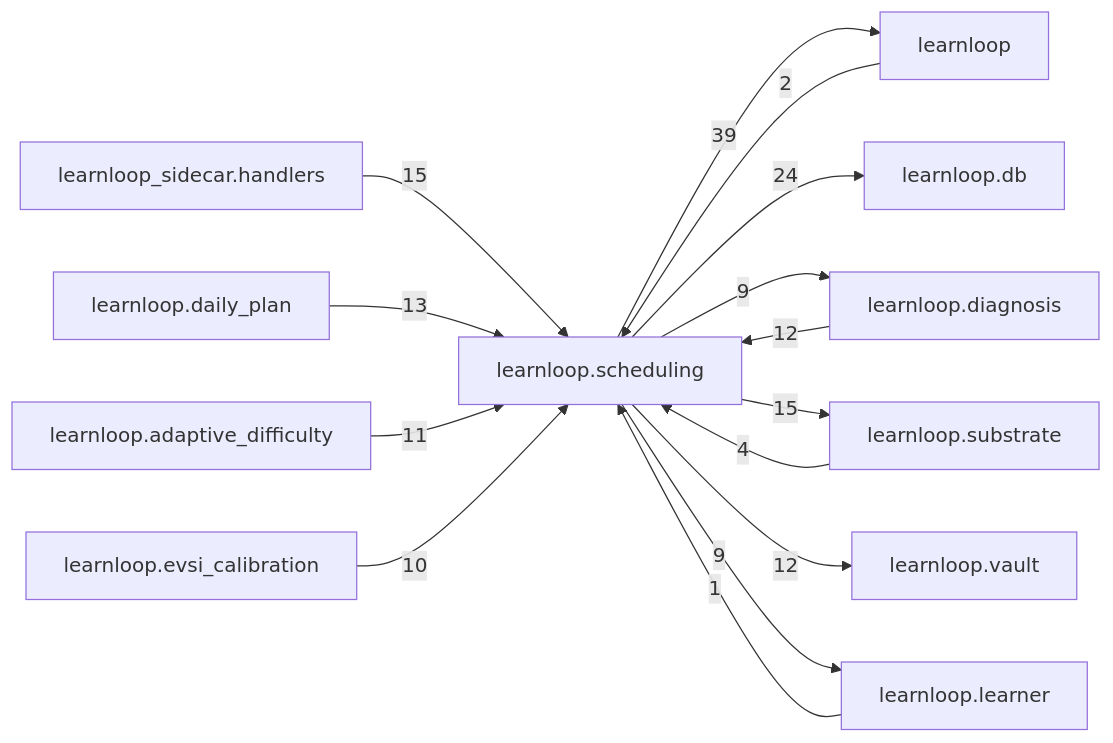
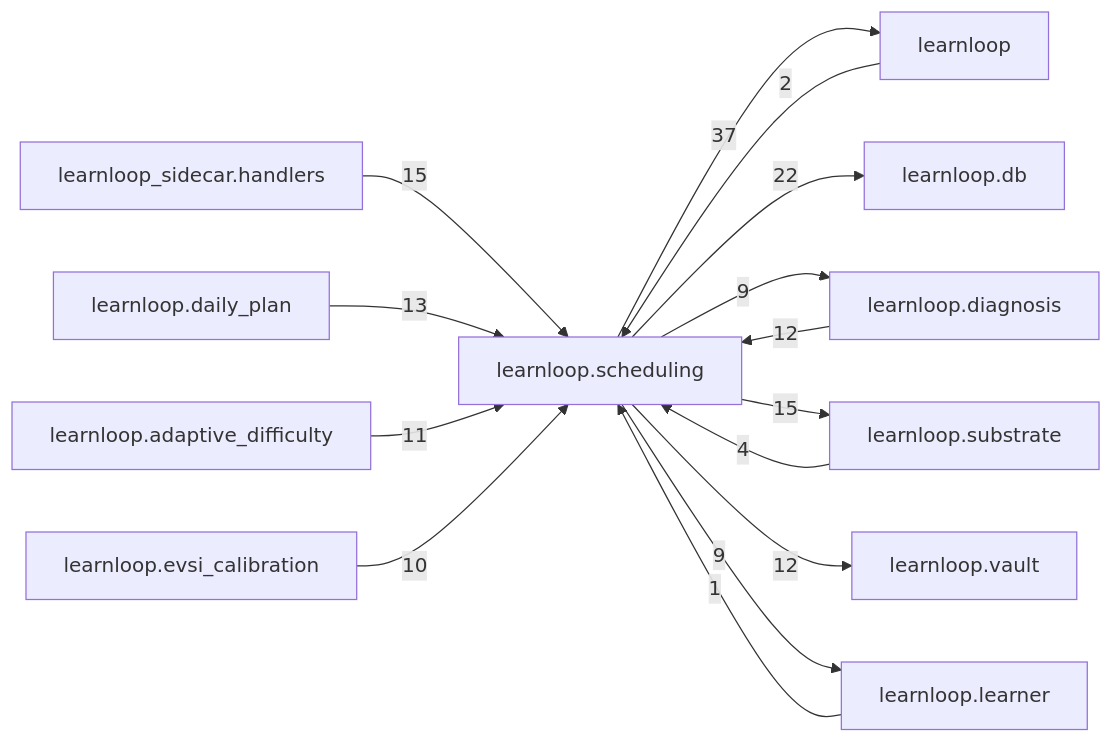
Before and after one commit to 6up-b/learnanything: the diagram in docs/learnloop-architecture-vault/Reference/Modules/learnloop/scheduling/_package.md, drawn with Mermaid. The commit also changed other lines of this file and 57 other files, not shown here.

````diff
--- a/docs/learnloop-architecture-vault/Reference/Modules/learnloop/scheduling/_package.md
+++ b/docs/learnloop-architecture-vault/Reference/Modules/learnloop/scheduling/_package.md
@@ -177,28 +171,28 @@
 ```mermaid
 flowchart LR
     center["learnloop.scheduling"]
     n_learnloop["learnloop"]
     n_learnloop_db["learnloop.db"]
     n_learnloop_diagnosis["learnloop.diagnosis"]
     n_learnloop_substrate["learnloop.substrate"]
     n_learnloop_sidecar_handlers["learnloop_sidecar.handlers"]
     n_learnloop_daily_plan["learnloop.daily_plan"]
     n_learnloop_vault["learnloop.vault"]
     n_learnloop_adaptive_difficulty["learnloop.adaptive_difficulty"]
     n_learnloop_evsi_calibration["learnloop.evsi_calibration"]
     n_learnloop_learner["learnloop.learner"]
     n_learnloop -->|2| center
-    center -->|39| n_learnloop
-    center -->|24| n_learnloop_db
+    center -->|37| n_learnloop
+    center -->|22| n_learnloop_db
     n_learnloop_diagnosis -->|12| center
     center -->|9| n_learnloop_diagnosis
     n_learnloop_substrate -->|4| center
     center -->|15| n_learnloop_substrate
     n_learnloop_sidecar_handlers -->|15| center
     n_learnloop_daily_plan -->|13| center
     center -->|12| n_learnloop_vault
     n_learnloop_adaptive_difficulty -->|11| center
     n_learnloop_evsi_calibration -->|10| center
     n_learnloop_learner -->|1| center
     center -->|9| n_learnloop_learner
 ```
````
